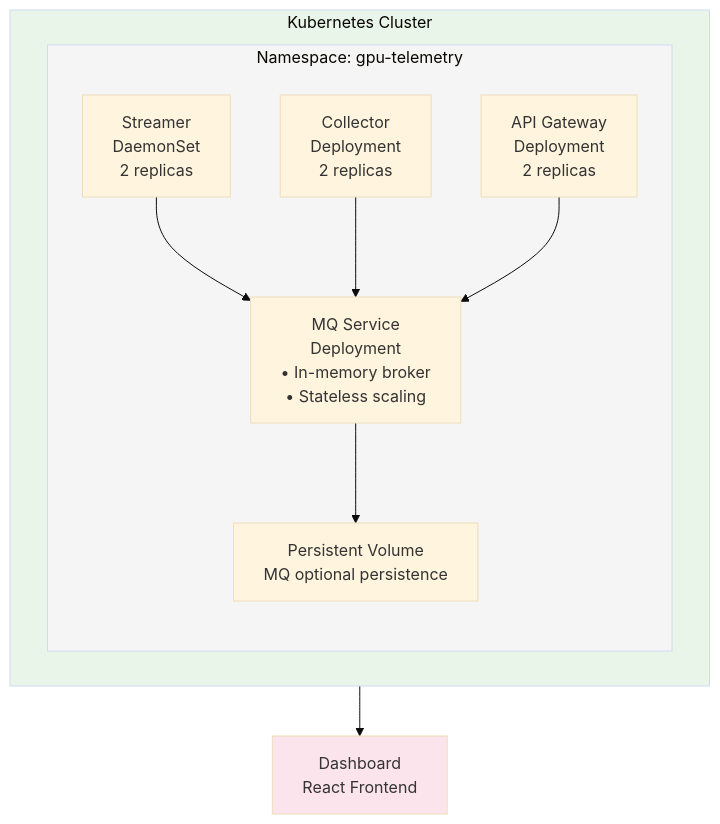
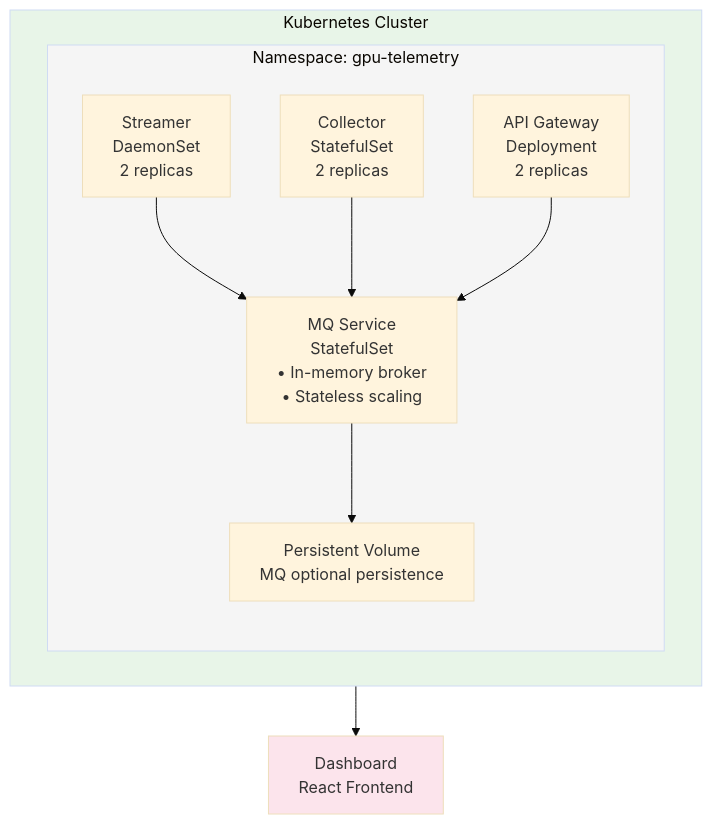
Before and after one commit to harishb93/telemetry-pipeline: the ninth of 12 diagrams in docs/architecture/README.md, drawn with Mermaid (base theme). The commit also changed other lines of this file and 4 other files, not shown here.

````diff
--- a/docs/architecture/README.md
+++ b/docs/architecture/README.md
@@ -265,26 +265,26 @@
 ```mermaid
 graph TB
     subgraph K8S["Kubernetes Cluster"]
         subgraph NS["Namespace: gpu-telemetry"]
             ST[Streamer<br/>DaemonSet<br/>2 replicas]
-            CO[Collector<br/>Deployment<br/>2 replicas]
+            CO[Collector<br/>StatefulSet<br/>2 replicas]
             AG[API Gateway<br/>Deployment<br/>2 replicas]
             
-            MQ[MQ Service<br/>Deployment<br/>• In-memory broker<br/>• Stateless scaling]
+            MQ[MQ Service<br/>StatefulSet<br/>• In-memory broker<br/>• Stateless scaling]
             
             PV[Persistent Volume<br/>MQ optional persistence]
         end
     end
     
     DASH[Dashboard<br/>React Frontend]
     
     ST --> MQ
     CO --> MQ
     AG --> MQ
     MQ --> PV
     K8S --> DASH
     
     style K8S fill:#e8f5e8
     style NS fill:#f5f5f5
     style DASH fill:#fce4ec
 ```
````
